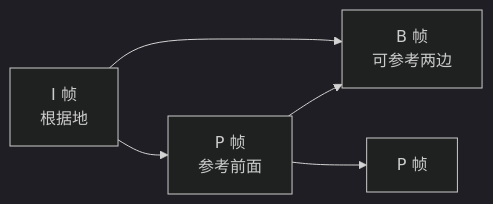
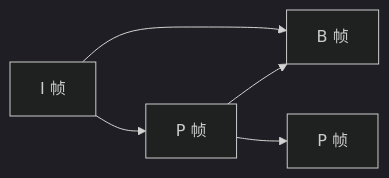
One commit to flycodeu/FlyCodeCenter changed the second of 4 diagrams in src/content/tutorial/ffmpeg/08-H264-H265-Bitstream.md. Above: the diagram before and after it, drawn with Mermaid (dark theme). The commit also changed other lines of this file and 26 other files, not shown here.

````diff
--- a/src/content/tutorial/ffmpeg/08-H264-H265-Bitstream.md
+++ b/src/content/tutorial/ffmpeg/08-H264-H265-Bitstream.md
@@ -154,11 +152,11 @@
 ```mermaid
 flowchart LR
-  I0[I 帧<br/>根据地]
-  P1[P 帧<br/>参考前面]
-  B1[B 帧<br/>可参考两边]
+  I0[I 帧]
+  P1[P 帧]
+  B1[B 帧]
   P2[P 帧]
   I0 --> P1
   I0 --> B1
   P1 --> B1
   P1 --> P2
 ```
````
